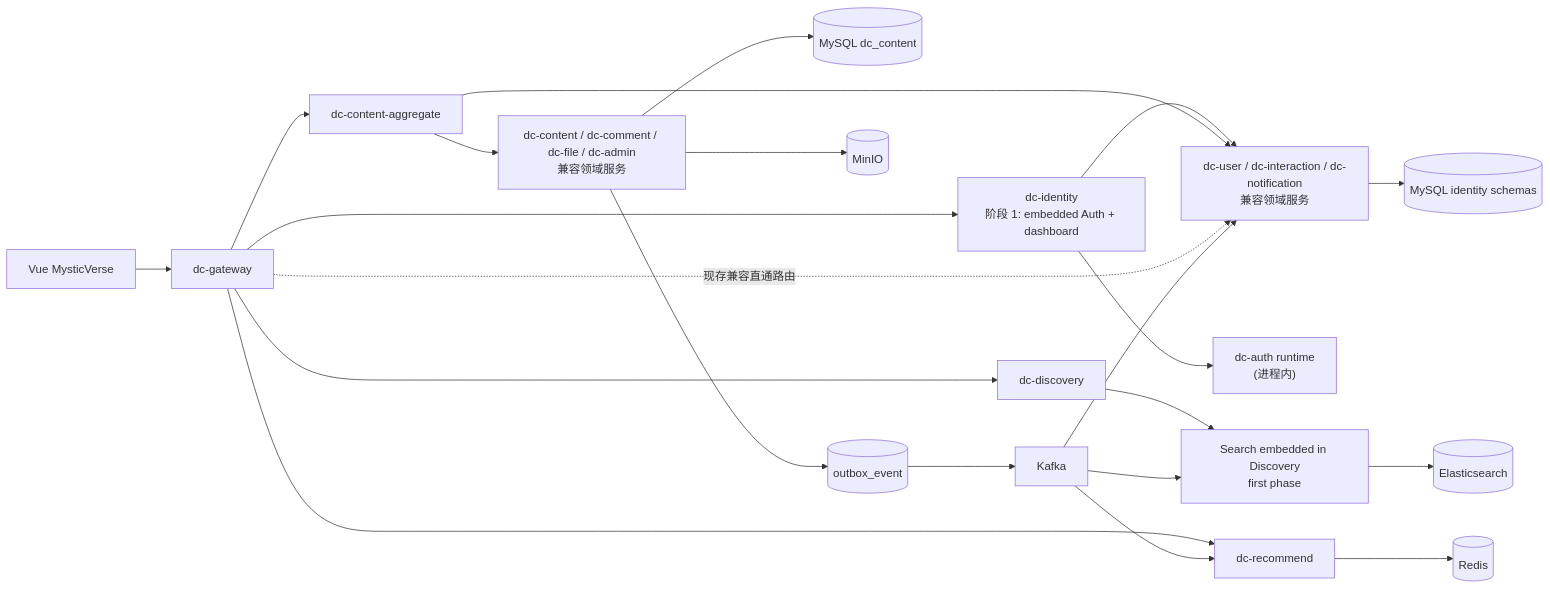
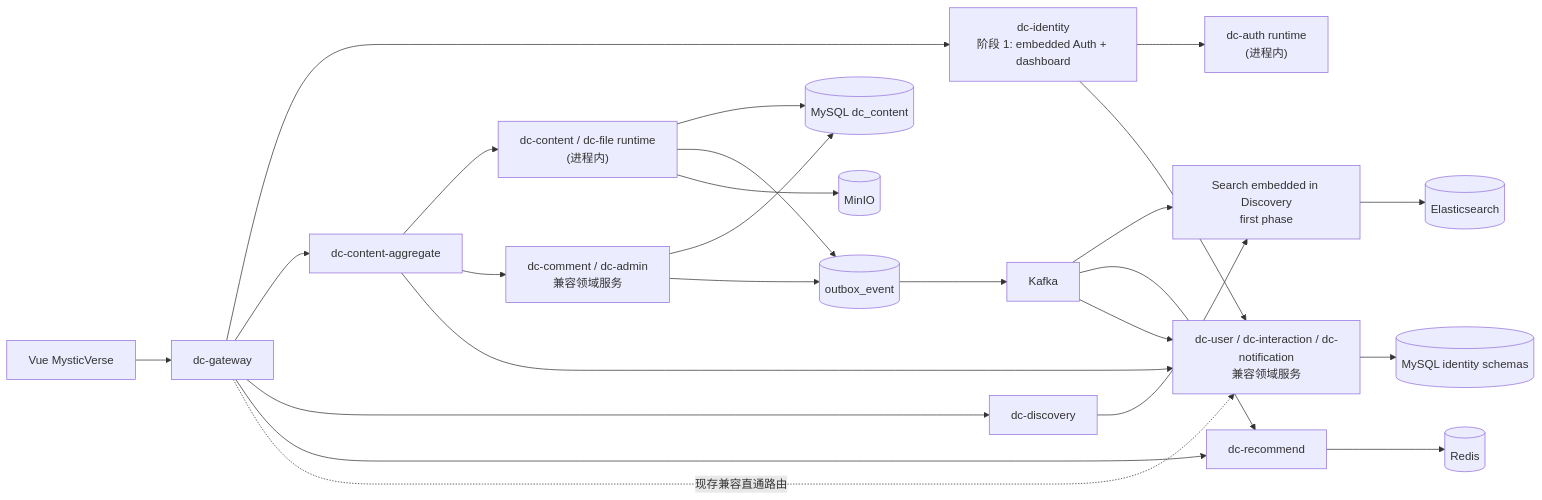
Before and after one commit to wangyufanshuai/DevCircle: the diagram in docs/technical-specification.md, drawn with Mermaid. The commit also changed other lines of this file and 6 other files, not shown here.

Commit message:
docs(content): bind aggregate convergence evidence

````diff
--- a/docs/technical-specification.md
+++ b/docs/technical-specification.md
@@ -29,26 +29,29 @@
 ```mermaid
 flowchart LR
   Web["Vue MysticVerse"] --> Gateway["dc-gateway"]
   Gateway --> Identity["dc-identity<br/>阶段 1: embedded Auth + dashboard"]
   Gateway --> ContentAggregate["dc-content-aggregate"]
   Gateway --> Discovery["dc-discovery"]
   Gateway --> Recommend["dc-recommend"]
 
   Identity --> AuthRuntime["dc-auth runtime<br/>(进程内)"]
   Identity --> IdentityLegacy["dc-user / dc-interaction / dc-notification<br/>兼容领域服务"]
-  ContentAggregate --> ContentLegacy["dc-content / dc-comment / dc-file / dc-admin<br/>兼容领域服务"]
+  ContentAggregate --> ContentEmbedded["dc-content / dc-file runtime<br/>(进程内)"]
+  ContentAggregate --> ContentLegacy["dc-comment / dc-admin<br/>兼容领域服务"]
   ContentAggregate --> IdentityLegacy
   Discovery --> SearchEmbedded["Search embedded in Discovery<br/>first phase"]
   Gateway -. "现存兼容直通路由" .-> IdentityLegacy
 
-  ContentLegacy --> MySQLContent[("MySQL dc_content")]
-  ContentLegacy --> Outbox[("outbox_event")]
+  ContentEmbedded --> MySQLContent[("MySQL dc_content")]
+  ContentEmbedded --> Outbox[("outbox_event")]
+  ContentLegacy --> MySQLContent
+  ContentLegacy --> Outbox
   Outbox --> Kafka["Kafka"]
   Kafka --> SearchEmbedded
   Kafka --> Recommend
   Kafka --> IdentityLegacy
   SearchEmbedded --> ES[("Elasticsearch")]
   Recommend --> Redis[("Redis")]
   IdentityLegacy --> MySQLIdentity[("MySQL identity schemas")]
-  ContentLegacy --> MinIO[("MinIO")]
+  ContentEmbedded --> MinIO[("MinIO")]
 ```
````
